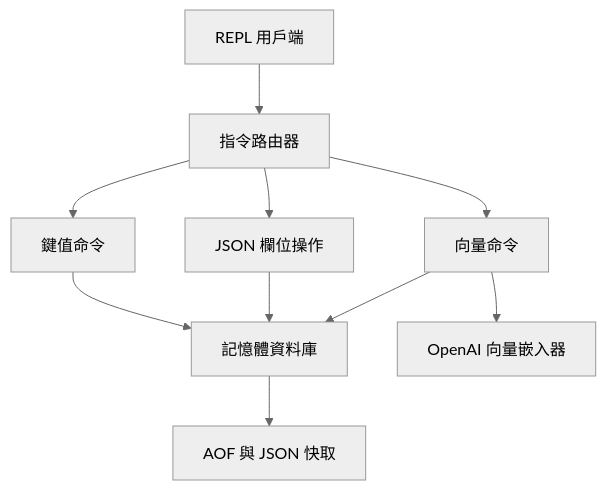
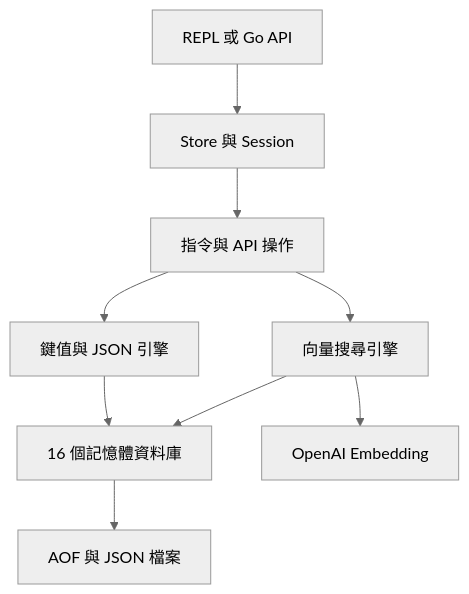
One commit to agenvoy/ToriiDB changed the diagram in doc/README.zh.md. Above: the diagram before and after it, drawn with Mermaid (neutral theme). The commit also changed other lines of this file and 51 other files, not shown here.

````diff
--- a/doc/README.zh.md
+++ b/doc/README.zh.md
@@ -42,12 +42,11 @@
 ```mermaid
 graph TB
-    A[REPL 用戶端] --> B[指令路由器]
-    B --> C[鍵值命令]
-    B --> D[JSON 欄位操作]
-    B --> E[向量命令]
-    C --> F[記憶體資料庫]
-    D --> F
+    A[REPL 或 Go API] --> B[Store 與 Session]
+    B --> C[指令與 API 操作]
+    C --> D[鍵值與 JSON 引擎]
+    C --> E[向量搜尋引擎]
+    D --> F[16 個記憶體資料庫]
     E --> F
-    F --> G[AOF 與 JSON 快取]
-    E --> H[OpenAI 向量嵌入器]
+    F --> G[AOF 與 JSON 檔案]
+    E --> H[OpenAI Embedding]
 ```
````
